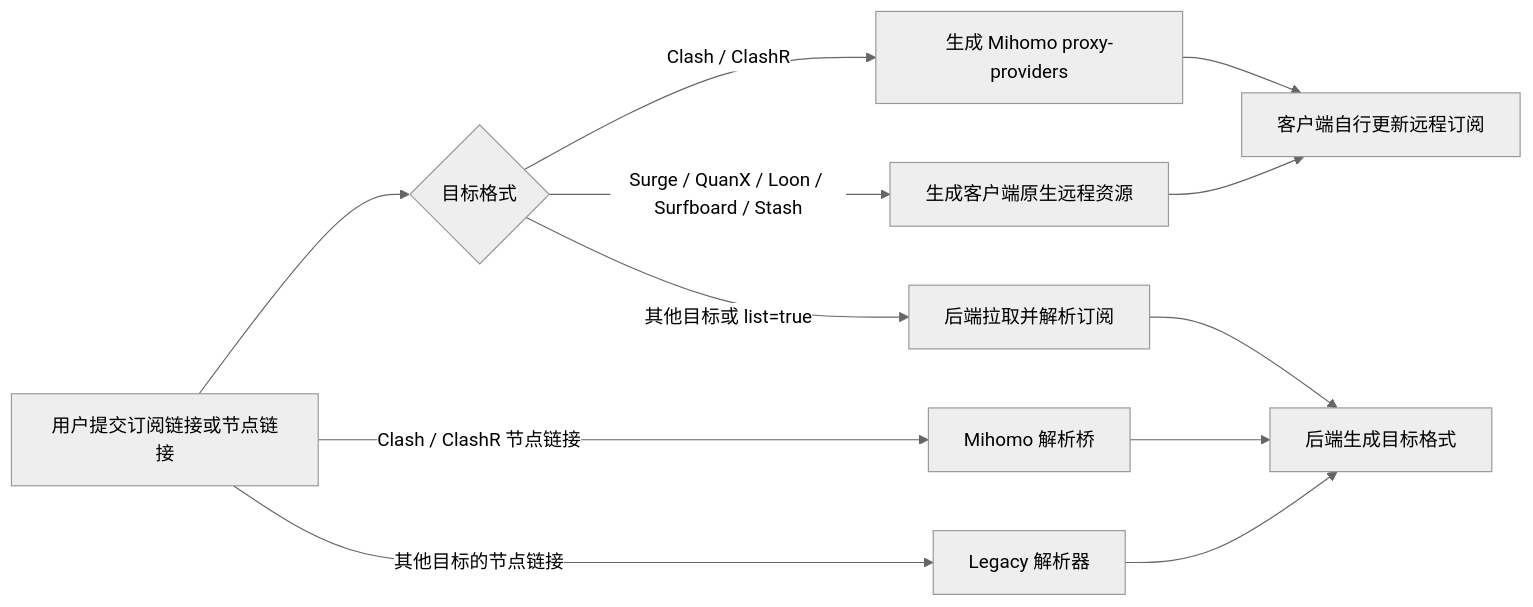
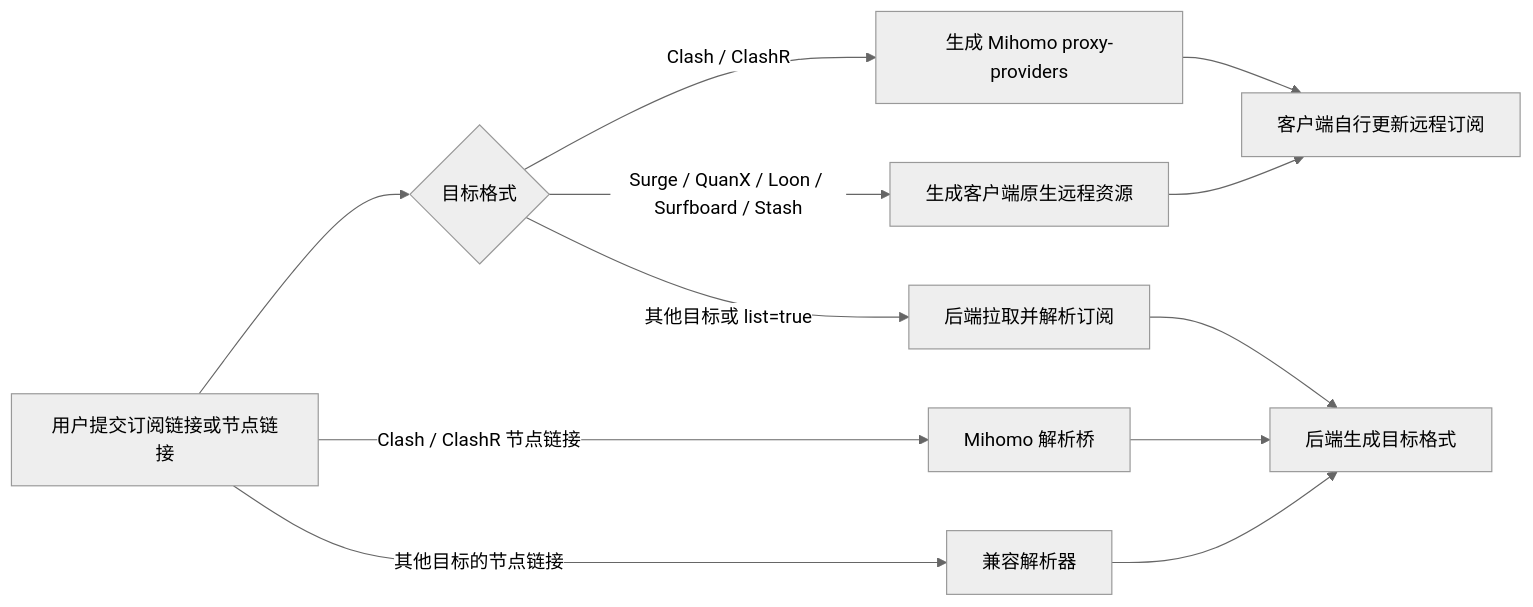
Before and after one commit to Aethersailor/SubConverter-Extended: the diagram in README.md, drawn with Mermaid (neutral theme). The commit also changed other lines of this file, not shown here.

````diff
--- a/README.md
+++ b/README.md
@@ -42,14 +47,14 @@
 ```mermaid
 flowchart LR
     A["用户提交订阅链接或节点链接"] --> B{"目标格式"}
     B -->|"Clash / ClashR"| C["生成 Mihomo proxy-providers"]
     B -->|"Surge / QuanX / Loon / Surfboard / Stash"| D["生成客户端原生远程资源"]
     B -->|"其他目标或 list=true"| E["后端拉取并解析订阅"]
     C --> F["客户端自行更新远程订阅"]
     D --> F
     E --> G["后端生成目标格式"]
     A -->|"Clash / ClashR 节点链接"| H["Mihomo 解析桥"]
-    A -->|"其他目标的节点链接"| I["Legacy 解析器"]
+    A -->|"其他目标的节点链接"| I["兼容解析器"]
     H --> G
     I --> G
 ```
````
